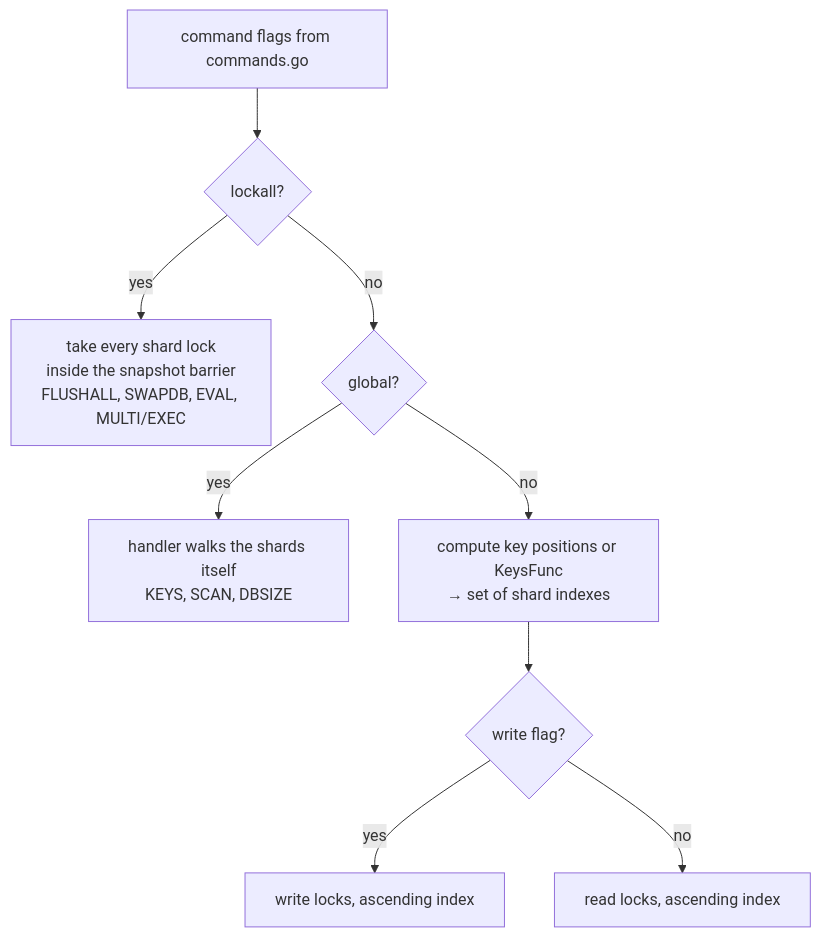
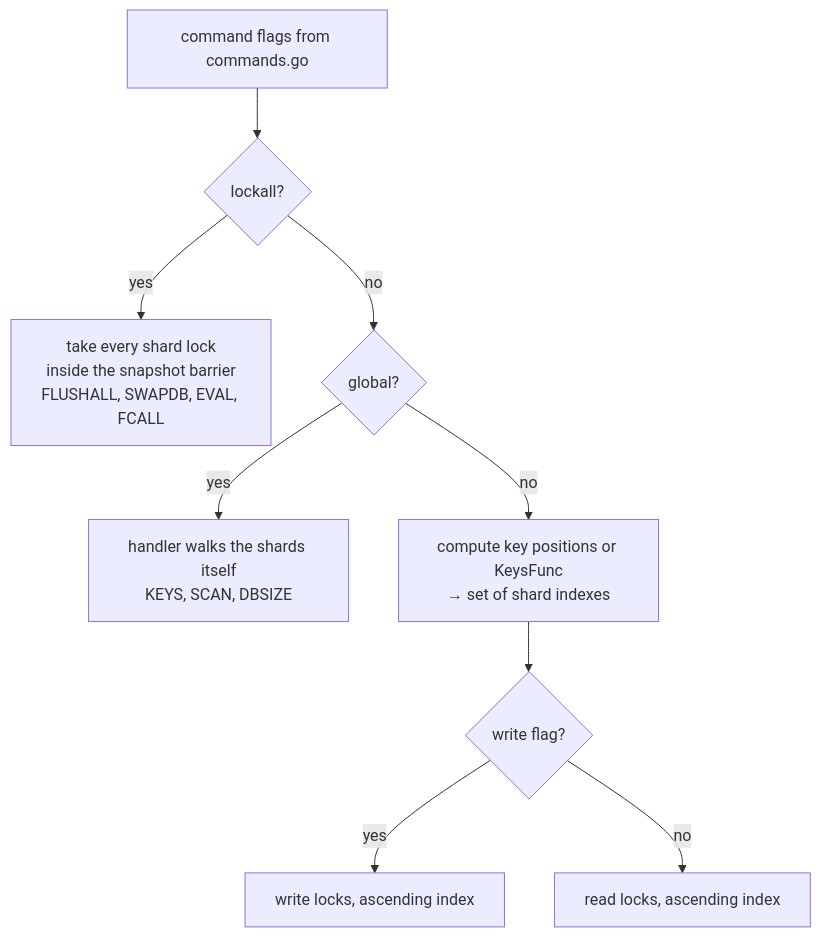
One commit to rabbicse/distcache changed the fourth of 8 diagrams in docs/architecture.md. Above: the diagram before and after it, drawn with Mermaid. The commit also changed other lines of this file and 15 other files, not shown here.

````diff
--- a/docs/architecture.md
+++ b/docs/architecture.md
@@ -65,11 +97,11 @@
 ```mermaid
 flowchart TD
     A[command flags from commands.go] --> B{lockall?}
-    B -- yes --> X[take every shard lock<br/>inside the snapshot barrier<br/>FLUSHALL, SWAPDB, EVAL, MULTI/EXEC]
+    B -- yes --> X[take every shard lock<br/>inside the snapshot barrier<br/>FLUSHALL, SWAPDB, EVAL, FCALL]
     B -- no --> C{global?}
     C -- yes --> Y[handler walks the shards itself<br/>KEYS, SCAN, DBSIZE]
     C -- no --> E[compute key positions or KeysFunc<br/>→ set of shard indexes]
     E --> F{write flag?}
     F -- yes --> W[write locks, ascending index]
     F -- no --> RL[read locks, ascending index]
 ```
````
